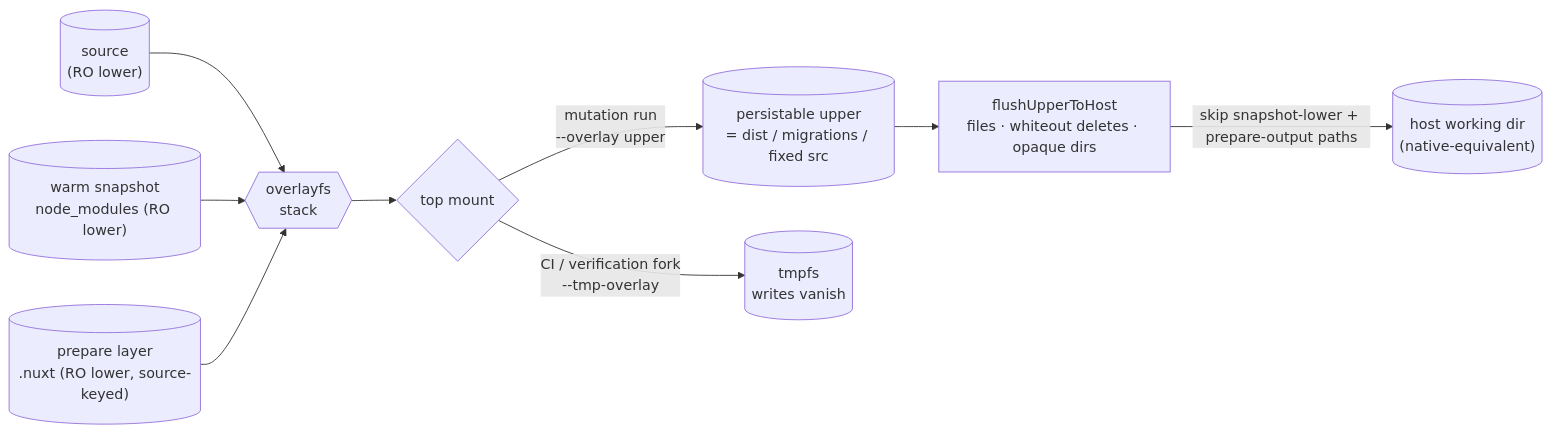
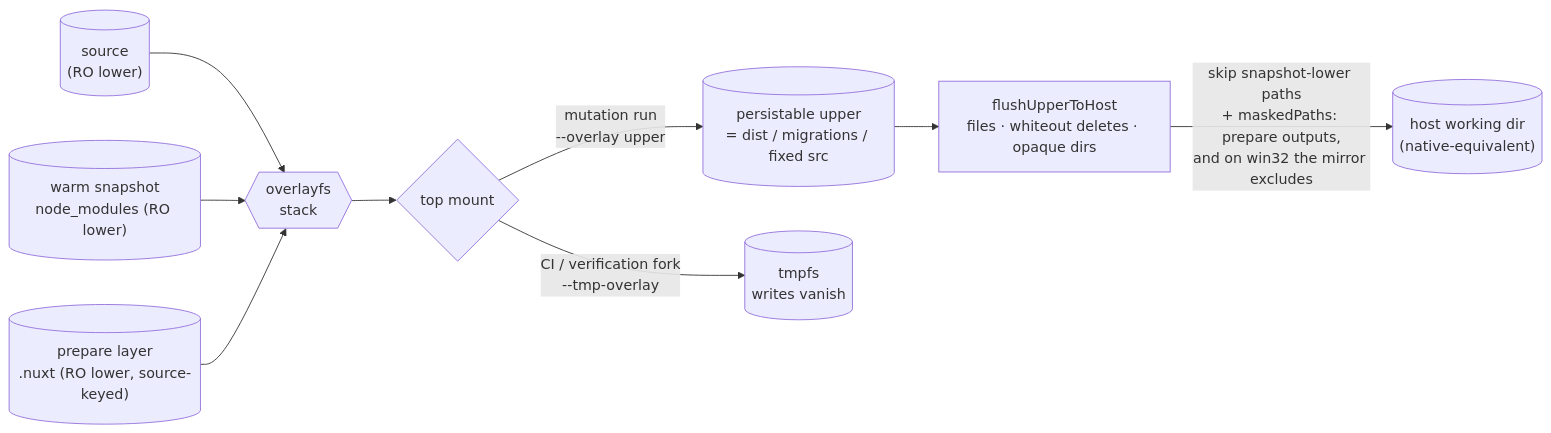
One commit to Esposter/Esposter changed the diagram in packages/app/content/docs/virrun/write-back.md. Above: the diagram before and after it, drawn with Mermaid. The commit also changed other lines of this file and 22 other files, not shown here.

````diff
--- a/packages/app/content/docs/virrun/write-back.md
+++ b/packages/app/content/docs/virrun/write-back.md
@@ -18,13 +18,13 @@
 ```mermaid
 flowchart LR
     src[("source\n(RO lower)")] --> ov{{"overlayfs\nstack"}}
     snap[("warm snapshot\nnode_modules (RO lower)")] --> ov
     prep[("prepare layer\n.nuxt (RO lower, source-keyed)")] --> ov
 
     ov --> top{"top mount"}
     top -->|"mutation run\n--overlay upper"| up[("persistable upper\n= dist / migrations / fixed src")]
     top -->|"CI / verification fork\n--tmp-overlay"| vanish[("tmpfs\nwrites vanish")]
 
     up --> flush["flushUpperToHost\nfiles · whiteout deletes · opaque dirs"]
-    flush -->|"skip snapshot-lower + prepare-output paths"| host[("host working dir\n(native-equivalent)")]
+    flush -->|"skip snapshot-lower paths\n+ maskedPaths: prepare outputs,\nand on win32 the mirror excludes"| host[("host working dir\n(native-equivalent)")]
 ```
````
